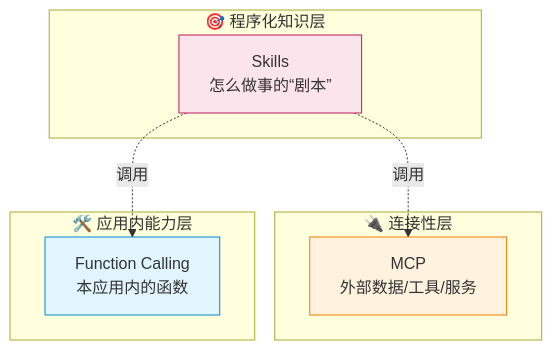
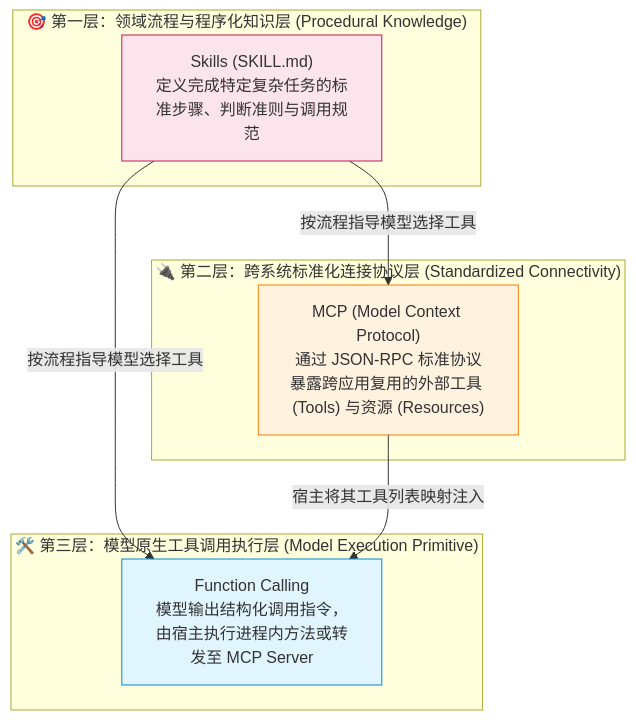
Diagram 12 of 14 in 10-AI应用开发/00-总览/AI应用开发学习路径.md (GuoWWWX/knowledge-base), drawn with Mermaid before and after one commit. The commit also changed other lines of this file and 251 other files, not shown here.

````diff
--- a/10-AI应用开发/00-总览/AI应用开发学习路径.md
+++ b/10-AI应用开发/00-总览/AI应用开发学习路径.md
@@ -1284,21 +1229,22 @@
 ```mermaid
 flowchart TB
-    subgraph L1["🎯 程序化知识层"]
-        S["Skills<br/>怎么做事的“剧本”"]
+    subgraph L1["🎯 第一层：领域流程与程序化知识层 (Procedural Knowledge)"]
+        S["Skills (SKILL.md)<br/>定义完成特定复杂任务的标准步骤、判断准则与调用规范"]
     end
     
-    subgraph L2["🔌 连接性层"]
-        M[MCP<br/>外部数据/工具/服务]
+    subgraph L2["🔌 第二层：跨系统标准化连接协议层 (Standardized Connectivity)"]
+        M["MCP (Model Context Protocol)<br/>通过 JSON-RPC 标准协议暴露跨应用复用的外部工具 (Tools) 与资源 (Resources)"]
     end
     
-    subgraph L3["🛠️ 应用内能力层"]
-        F[Function Calling<br/>本应用内的函数]
+    subgraph L3["🛠️ 第三层：模型原生工具调用执行层 (Model Execution Primitive)"]
+        F["Function Calling<br/>模型输出结构化调用指令，由宿主执行进程内方法或转发至 MCP Server"]
     end
     
-    S -.调用.-> M
-    S -.调用.-> F
+    S -->|"按流程指导模型选择工具"| M
+    S -->|"按流程指导模型选择工具"| F
+    M -->|"宿主将其工具列表映射注入"| F
     
     style S fill:#fce4ec,stroke:#c2185b
     style M fill:#fff3e0,stroke:#f57c00
     style F fill:#e1f5ff,stroke:#0288d1
 ```
````
